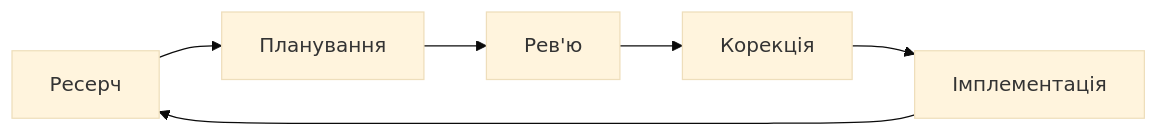
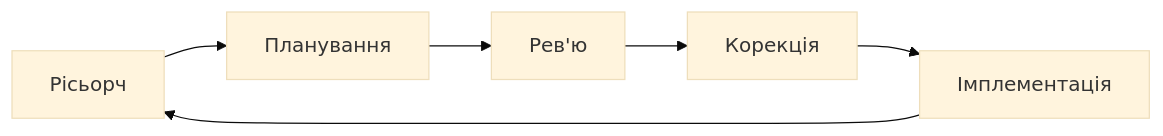
The diagram in topics/0-poly-tg-bot-guide/5-how-to-prompt.md (holypolyfoundation/knowledge-sharing), drawn with Mermaid (base theme) before and after one commit. The commit also changed 4 other files, not shown here.

````diff
--- a/topics/0-poly-tg-bot-guide/5-how-to-prompt.md
+++ b/topics/0-poly-tg-bot-guide/5-how-to-prompt.md
@@ -9,8 +9,8 @@
 ```mermaid
 flowchart LR
-  A[Ресерч] --> B[Планування]
+  A[Рісьорч] --> B[Планування]
   B --> C[Рев'ю]
   C --> D[Корекція]
   D --> E[Імплементація]
   E --> A
 ```
````
